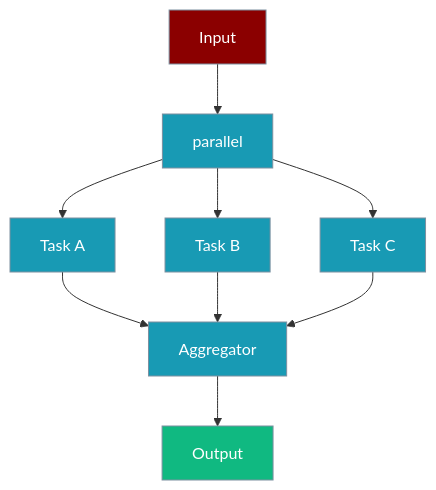
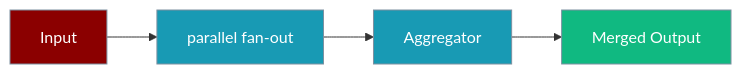
The first of 3 diagrams in docs/features/workflow-parallel.mdx (MervinPraison/PraisonAIDocs), drawn with Mermaid before and after one commit. The commit also changed 9 other files, not shown here.

````diff
--- a/docs/features/workflow-parallel.mdx
+++ b/docs/features/workflow-parallel.mdx
@@ -27,19 +27,13 @@
 ```mermaid
-graph TD
-    A[Input] --> B[parallel]
-    B --> C[Task A]
-    B --> D[Task B]
-    B --> E[Task C]
-    C --> F[Aggregator]
-    D --> F
-    E --> F
-    F --> G[Output]
-    classDef agent fill:#8B0000,stroke:#7C90A0,color:#fff
-    classDef tool fill:#189AB4,stroke:#7C90A0,color:#fff
-    classDef success fill:#10B981,stroke:#7C90A0,color:#fff
-    class A agent
-    class B tool
-    class C,D,E,F tool
-    class G success
+graph LR
+    In[Input] --> Fan[parallel fan-out]
+    Fan --> Agg[Aggregator]
+    Agg --> Out[Merged Output]
 
+    classDef input fill:#8B0000,stroke:#7C90A0,color:#fff
+    classDef process fill:#189AB4,stroke:#7C90A0,color:#fff
+    classDef output fill:#10B981,stroke:#7C90A0,color:#fff
+    class In input
+    class Fan,Agg process
+    class Out output
 ```
````
